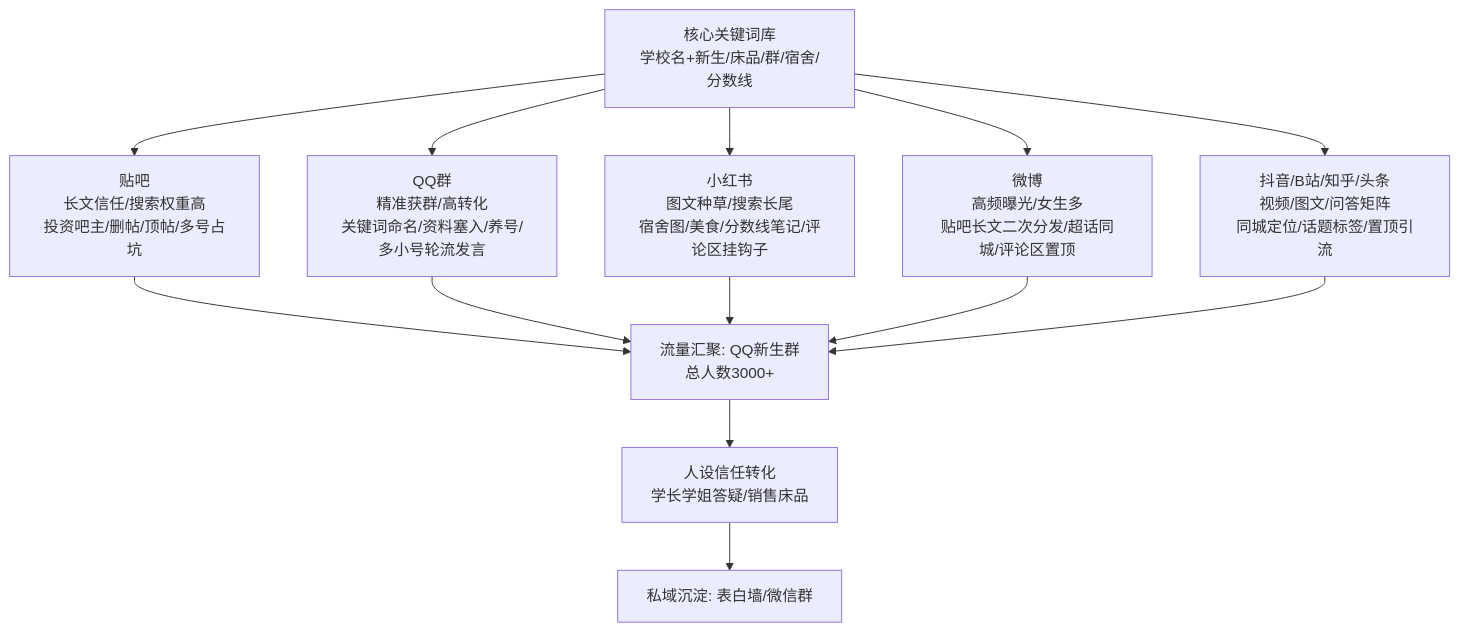
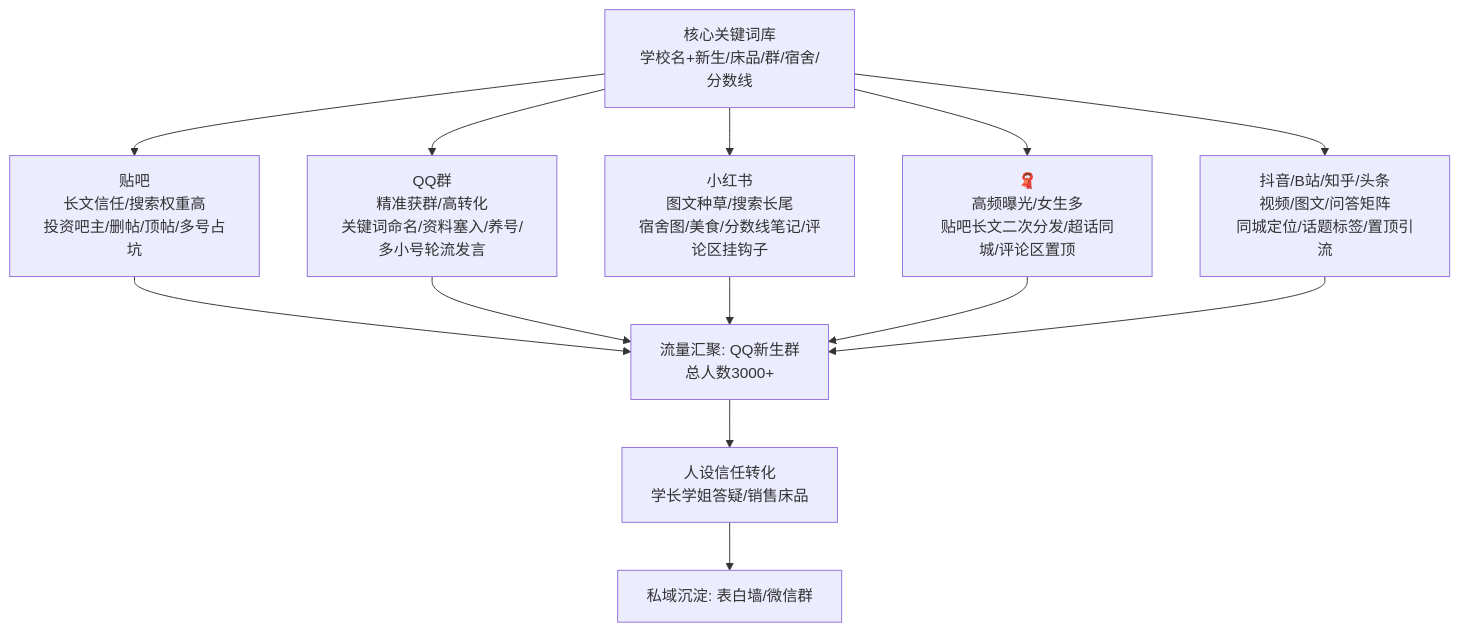
One commit to OpenDocCN1/flygon-zhuanqian-zhoubao changed the fourth of 20 diagrams in docs/202303_paper2textbook/asset/body_fix_2a77581c5af5cacf2c736ac308a8f564_4c9e76ce0d66eb1d0f6eb56ae81b920f_1ad407b61a7df26dbe675c33f863b99d_b45ecdf777756e9875ab13be7b2caeb9.md. Above: the diagram before and after it, drawn with Mermaid. The commit also changed other lines of this file and 6688 other files, not shown here.

````diff
--- a/docs/202303_paper2textbook/asset/body_fix_2a77581c5af5cacf2c736ac308a8f564_4c9e76ce0d66eb1d0f6eb56ae81b920f_1ad407b61a7df26dbe675c33f863b99d_b45ecdf777756e9875ab13be7b2caeb9.md
+++ b/docs/202303_paper2textbook/asset/body_fix_2a77581c5af5cacf2c736ac308a8f564_4c9e76ce0d66eb1d0f6eb56ae81b920f_1ad407b61a7df26dbe675c33f863b99d_b45ecdf777756e9875ab13be7b2caeb9.md
@@ -217,17 +217,17 @@
 ```mermaid
 flowchart TD
     A[核心关键词库<br/>学校名+新生/床品/群/宿舍/分数线] --> B[贴吧<br/>长文信任/搜索权重高<br/>投资吧主/删帖/顶帖/多号占坑]
     A --> C[QQ群<br/>精准获群/高转化<br/>关键词命名/资料塞入/养号/多小号轮流发言]
     A --> D[小红书<br/>图文种草/搜索长尾<br/>宿舍图/美食/分数线笔记/评论区挂钩子]
-    A --> E[微博<br/>高频曝光/女生多<br/>贴吧长文二次分发/超话同城/评论区置顶]
+    A --> E[🧣<br/>高频曝光/女生多<br/>贴吧长文二次分发/超话同城/评论区置顶]
     A --> F[抖音/B站/知乎/头条<br/>视频/图文/问答矩阵<br/>同城定位/话题标签/置顶引流]
     
     B --> G[流量汇聚: QQ新生群<br/>总人数3000+]
     C --> G
     D --> G
     E --> G
     F --> G
     
     G --> H[人设信任转化<br/>学长学姐答疑/销售床品]
     H --> I[私域沉淀: 表白墙/微信群]
 ```
````
